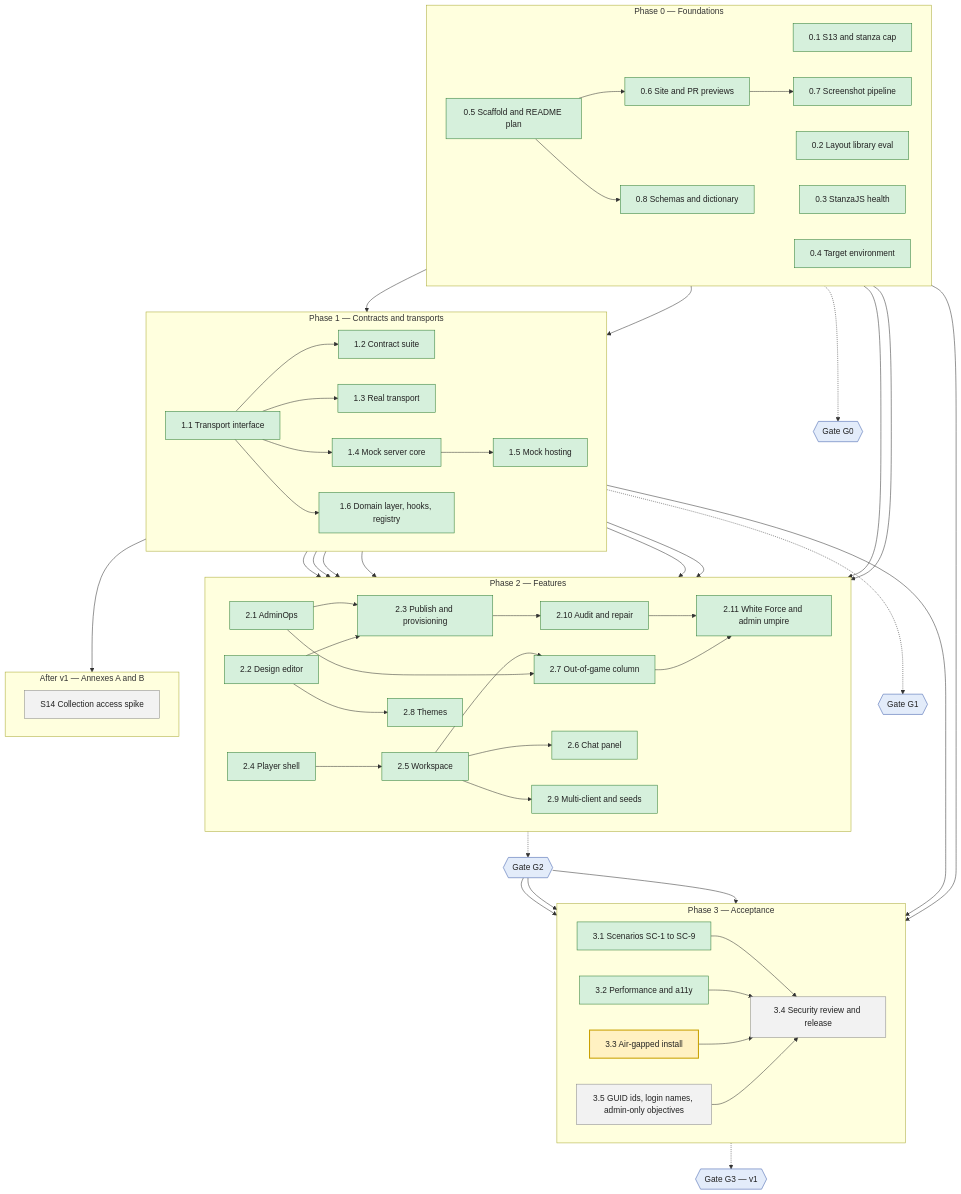
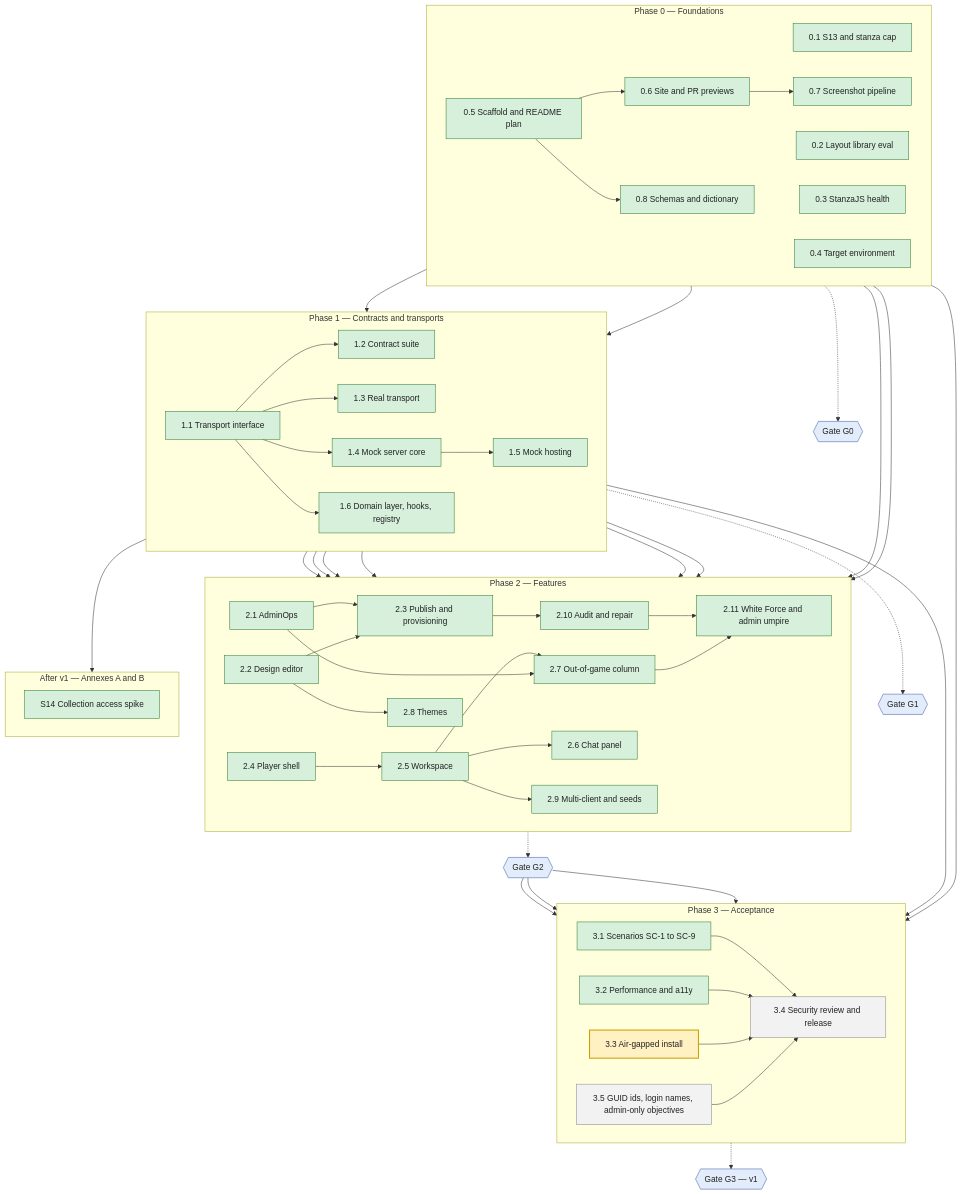
The diagram in README.md (serge-web/war-rooms-x2), drawn with Mermaid before and after one commit. The commit also changed 47 other files, not shown here.

````diff
--- a/README.md
+++ b/README.md
@@ -87,8 +87,8 @@
     classDef active fill:#fff1c2,stroke:#c9a000,color:#222,stroke-width:2px
     classDef done fill:#d6f0dc,stroke:#2e7d32,color:#222
     classDef gate fill:#e3ecfa,stroke:#3b5bab,color:#222
-    class wp34,wp35,wps14 todo
+    class wp34,wp35 todo
     class wp33 active
-    class wp01,wp02,wp03,wp04,wp05,wp06,wp07,wp08,wp11,wp12,wp13,wp14,wp15,wp16,wp21,wp22,wp23,wp24,wp25,wp26,wp27,wp28,wp29,wp210,wp211,wp31,wp32 done
+    class wp01,wp02,wp03,wp04,wp05,wp06,wp07,wp08,wp11,wp12,wp13,wp14,wp15,wp16,wp21,wp22,wp23,wp24,wp25,wp26,wp27,wp28,wp29,wp210,wp211,wp31,wp32,wps14 done
     class G0,G1,G2,G3 gate
 ```
````
